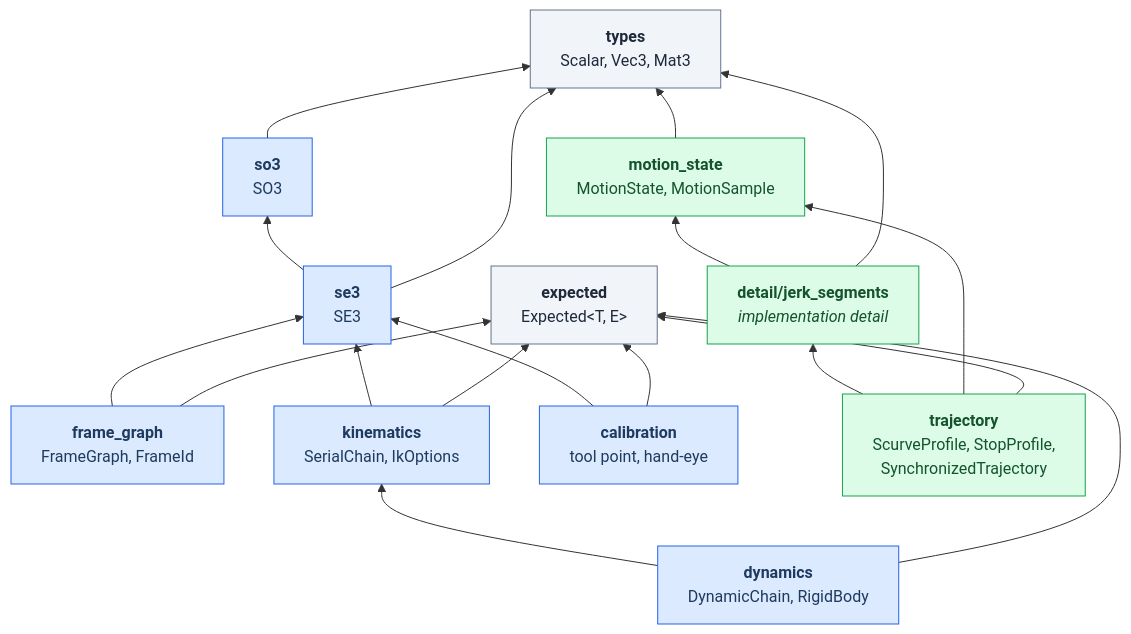
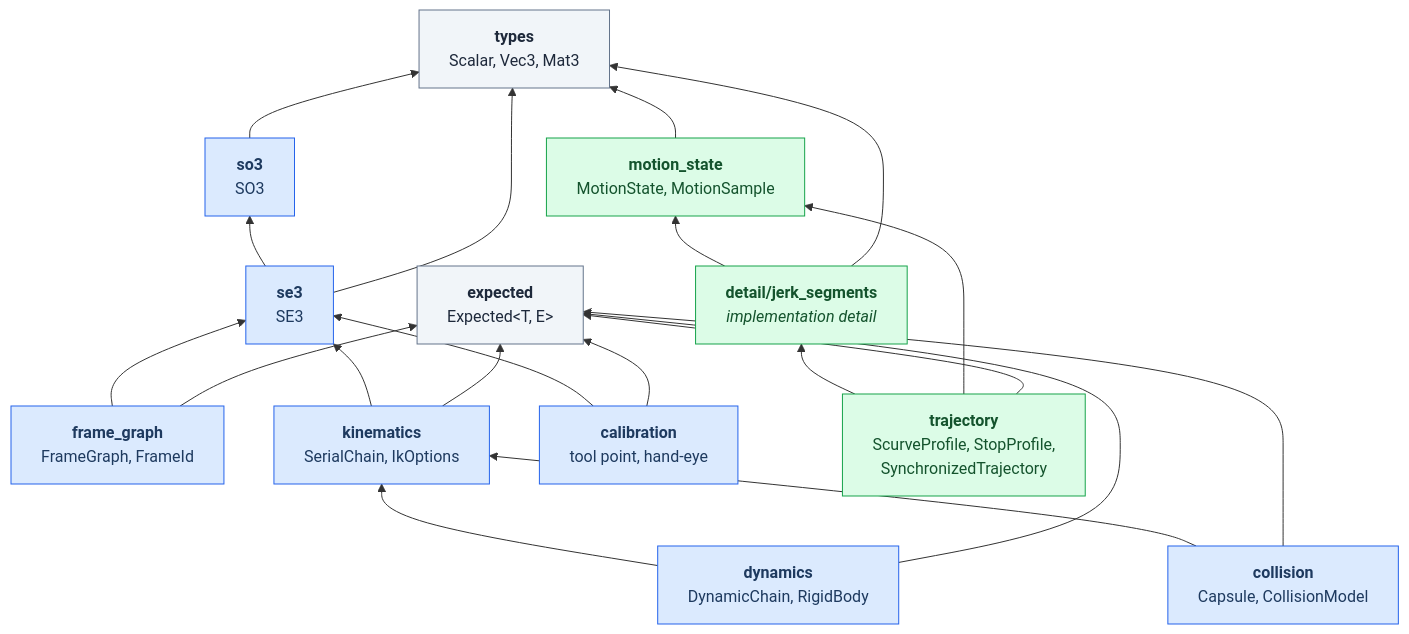
Before and after one commit to nightcityblade/motionkit: the third of 3 diagrams in docs/architecture.md, drawn with Mermaid. The commit also changed other lines of this file and 12 other files, not shown here.

First line of the commit message:
feat: capsule collision checking and clearance (WP-12d)

````diff
--- a/docs/architecture.md
+++ b/docs/architecture.md
@@ -78,41 +78,44 @@
 ```mermaid
 flowchart BT
     types["<b>types</b><br/>Scalar, Vec3, Mat3"]
     expected["<b>expected</b><br/>Expected&lt;T, E&gt;"]
 
     so3["<b>so3</b><br/>SO3"]
     se3["<b>se3</b><br/>SE3"]
     frame["<b>frame_graph</b><br/>FrameGraph, FrameId"]
     kin["<b>kinematics</b><br/>SerialChain, IkOptions"]
     dyn["<b>dynamics</b><br/>DynamicChain, RigidBody"]
     cal["<b>calibration</b><br/>tool point, hand-eye"]
+    col["<b>collision</b><br/>Capsule, CollisionModel"]
 
     ms["<b>motion_state</b><br/>MotionState, MotionSample"]
     jerk["<b>detail/jerk_segments</b><br/><i>implementation detail</i>"]
     traj["<b>trajectory</b><br/>ScurveProfile, StopProfile,<br/>SynchronizedTrajectory"]
 
     so3 --> types
     se3 --> so3
     se3 --> types
     frame --> se3
     frame --> expected
     kin --> se3
     kin --> expected
     dyn --> kin
     dyn --> expected
     cal --> se3
     cal --> expected
+    col --> kin
+    col --> expected
     ms --> types
     jerk --> ms
     jerk --> types
     traj --> jerk
     traj --> ms
     traj --> expected
 
     classDef pose fill:#dbeafe,stroke:#2563eb,color:#1e3a5f
     classDef motion fill:#dcfce7,stroke:#16a34a,color:#14532d
     classDef base fill:#f1f5f9,stroke:#64748b,color:#1e293b
-    class so3,se3,frame,kin,dyn,cal pose
+    class so3,se3,frame,kin,dyn,cal,col pose
     class ms,jerk,traj motion
     class types,expected base
 ```
````
